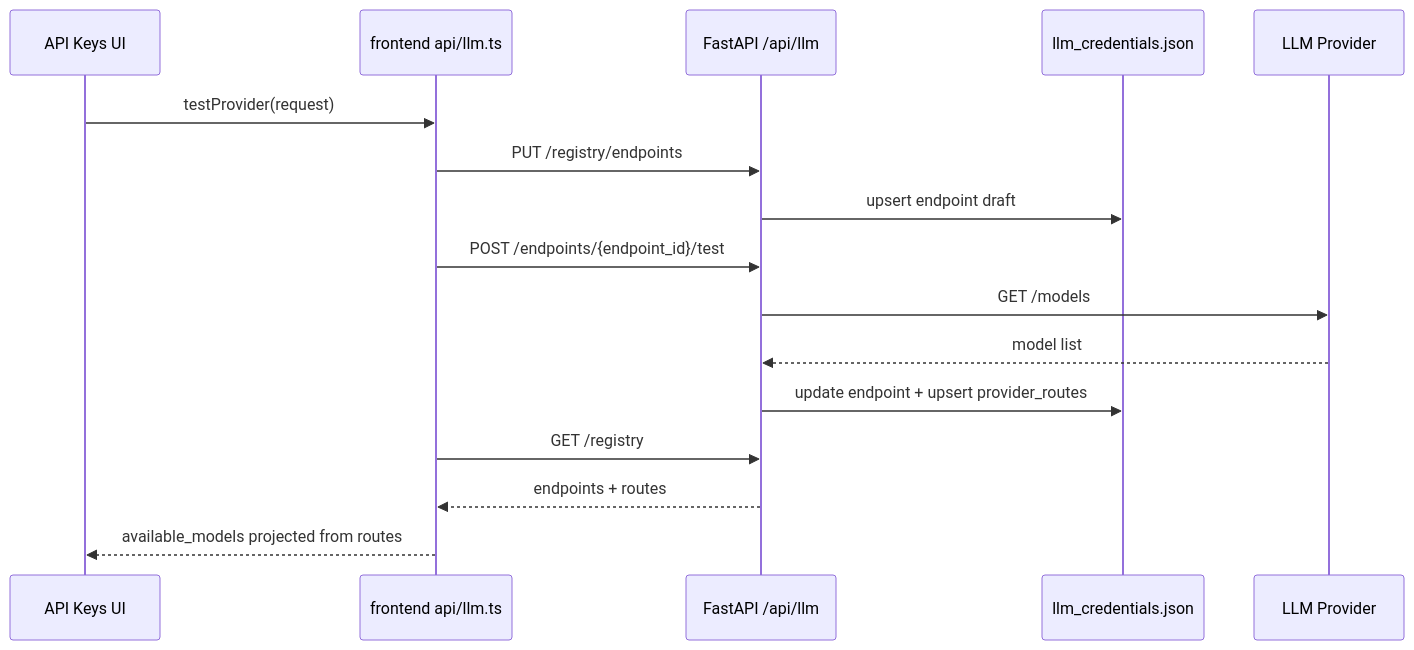
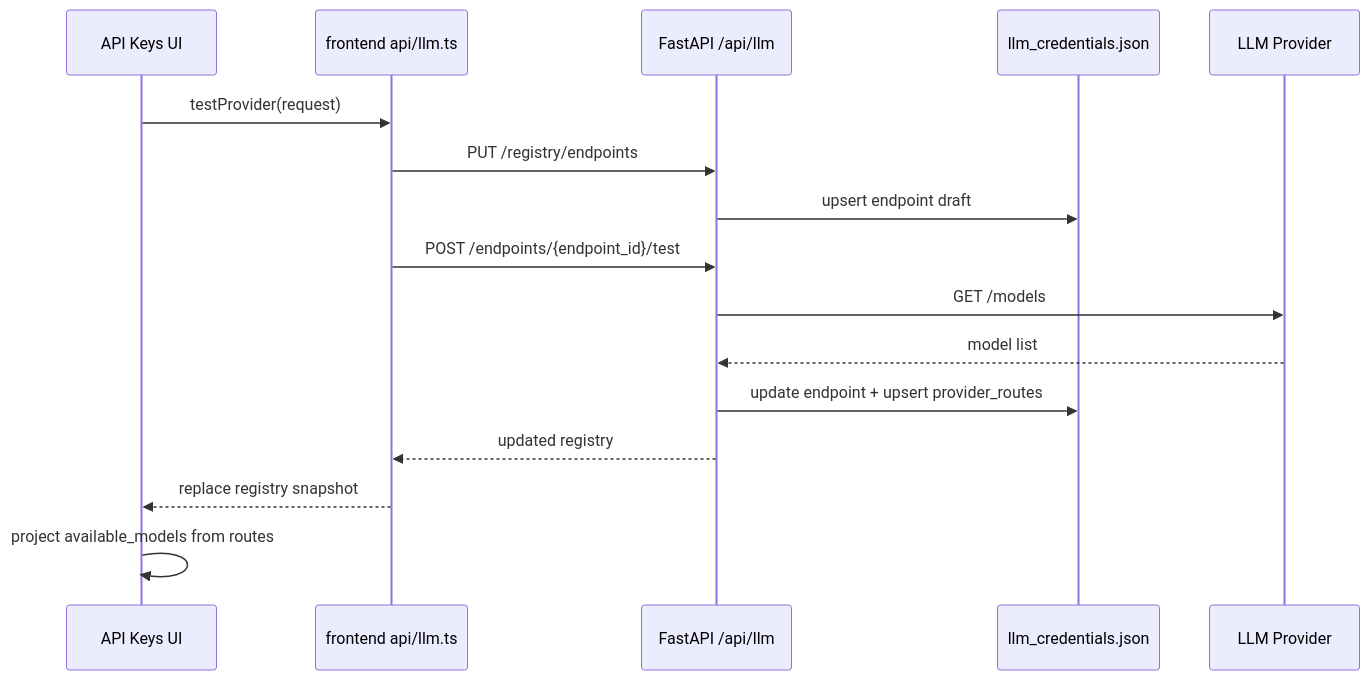
One commit to SevenX77/agent-harness changed the second of 2 diagrams in .kiro/specs/studio-api-keys-regression-hardening/design.md. Above: the diagram before and after it, drawn with Mermaid. The commit also changed other lines of this file and 48 other files, not shown here.

````diff
--- a/.kiro/specs/studio-api-keys-regression-hardening/design.md
+++ b/.kiro/specs/studio-api-keys-regression-hardening/design.md
@@ -98,19 +124,19 @@
 ```mermaid
 sequenceDiagram
   participant UI as API Keys UI
   participant API as frontend api/llm.ts
   participant BE as FastAPI /api/llm
   participant Store as llm_credentials.json
   participant Provider as LLM Provider
 
   UI->>API: testProvider(request)
   API->>BE: PUT /registry/endpoints
   BE->>Store: upsert endpoint draft
   API->>BE: POST /endpoints/{endpoint_id}/test
   BE->>Provider: GET /models
   Provider-->>BE: model list
   BE->>Store: update endpoint + upsert provider_routes
-  API->>BE: GET /registry
-  BE-->>API: endpoints + routes
-  API-->>UI: available_models projected from routes
+  BE-->>API: updated registry
+  API-->>UI: replace registry snapshot
+  UI->>UI: project available_models from routes
 ```
````
